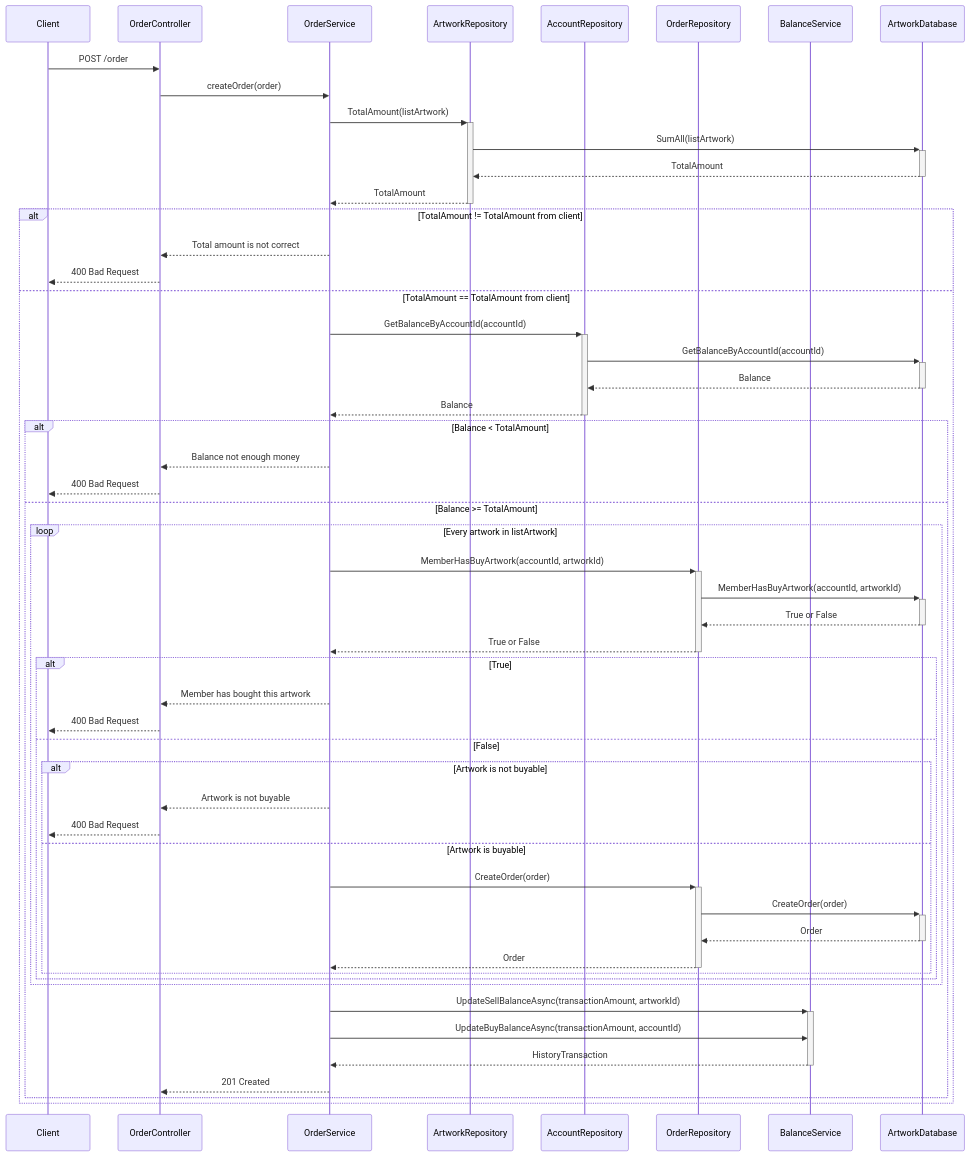
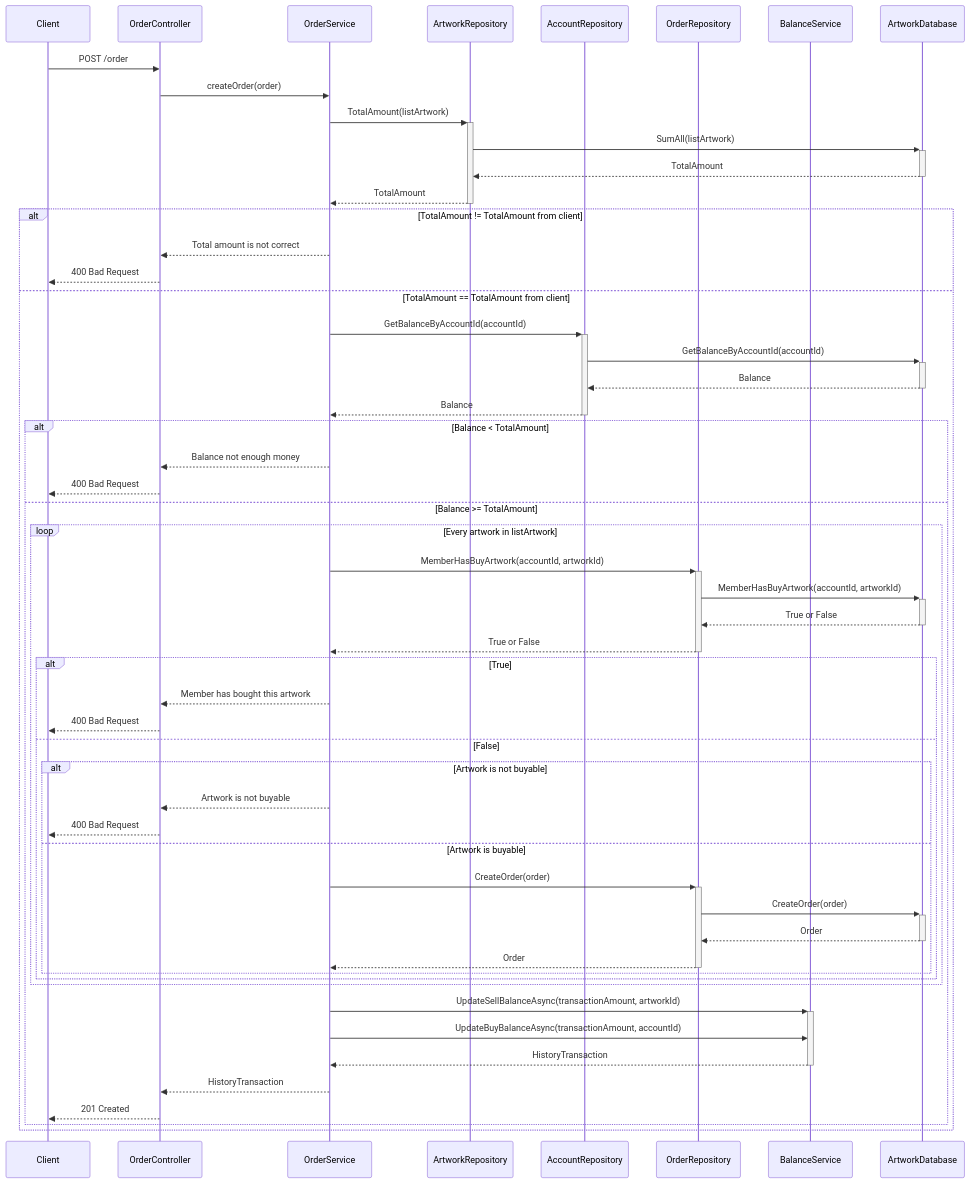
Before and after one commit to qal1215/ArtHub: the diagram in Documents/Diagram/Sequence/order-artwork.md, drawn with Mermaid.

````diff
--- a/Documents/Diagram/Sequence/order-artwork.md
+++ b/Documents/Diagram/Sequence/order-artwork.md
@@ -1,56 +1,57 @@
 ```mermaid
 sequenceDiagram
       participant C as Client
       participant OC as OrderController
       participant OS as OrderService
       participant AR as ArtworkRepository
       participant ACR as AccountRepository
       participant OR as OrderRepository
       participant BS as BalanceService
       participant ArtworkDatabase
 
       C->>OC: POST /order
       OC->>OS: createOrder(order)
       OS->>+AR: TotalAmount(listArtwork)
       AR->>+ArtworkDatabase: SumAll(listArtwork)
       ArtworkDatabase-->>-AR: TotalAmount
       AR-->>-OS: TotalAmount
       alt TotalAmount != TotalAmount from client
             OS-->>OC: Total amount is not correct
             OC-->>C: 400 Bad Request
       else TotalAmount == TotalAmount from client
             OS->>+ACR: GetBalanceByAccountId(accountId)
             ACR->>+ArtworkDatabase: GetBalanceByAccountId(accountId)
             ArtworkDatabase-->>-ACR: Balance
             ACR-->>-OS: Balance
             alt Balance < TotalAmount
                   OS-->>OC: Balance not enough money
                   OC-->>C: 400 Bad Request
             else Balance >= TotalAmount
                   loop Every artwork in listArtwork
                         OS->>+OR: MemberHasBuyArtwork(accountId, artworkId)
                         OR->>+ArtworkDatabase: MemberHasBuyArtwork(accountId, artworkId)
                         ArtworkDatabase-->>-OR: True or False
                         OR-->>-OS: True or False
                         alt True
                               OS-->>OC: Member has bought this artwork
                               OC-->>C: 400 Bad Request
                         else False
                               alt Artwork is not buyable
                                     OS-->>OC: Artwork is not buyable
                                     OC-->>C: 400 Bad Request
                               else Artwork is buyable
                                     OS->>+OR: CreateOrder(order)
                                     OR->>+ArtworkDatabase: CreateOrder(order)
                                     ArtworkDatabase-->>-OR: Order
                                     OR-->>-OS: Order
                               end
                         end
                   end
                   OS->>+BS: UpdateSellBalanceAsync(transactionAmount, artworkId)
                   OS->>BS: UpdateBuyBalanceAsync(transactionAmount, accountId)
                   BS-->>-OS: HistoryTransaction
-                  OS-->>OC: 201 Created
+                  OS-->>OC: HistoryTransaction
+                  OC-->>C: 201 Created
             end
       end
 ```
````
